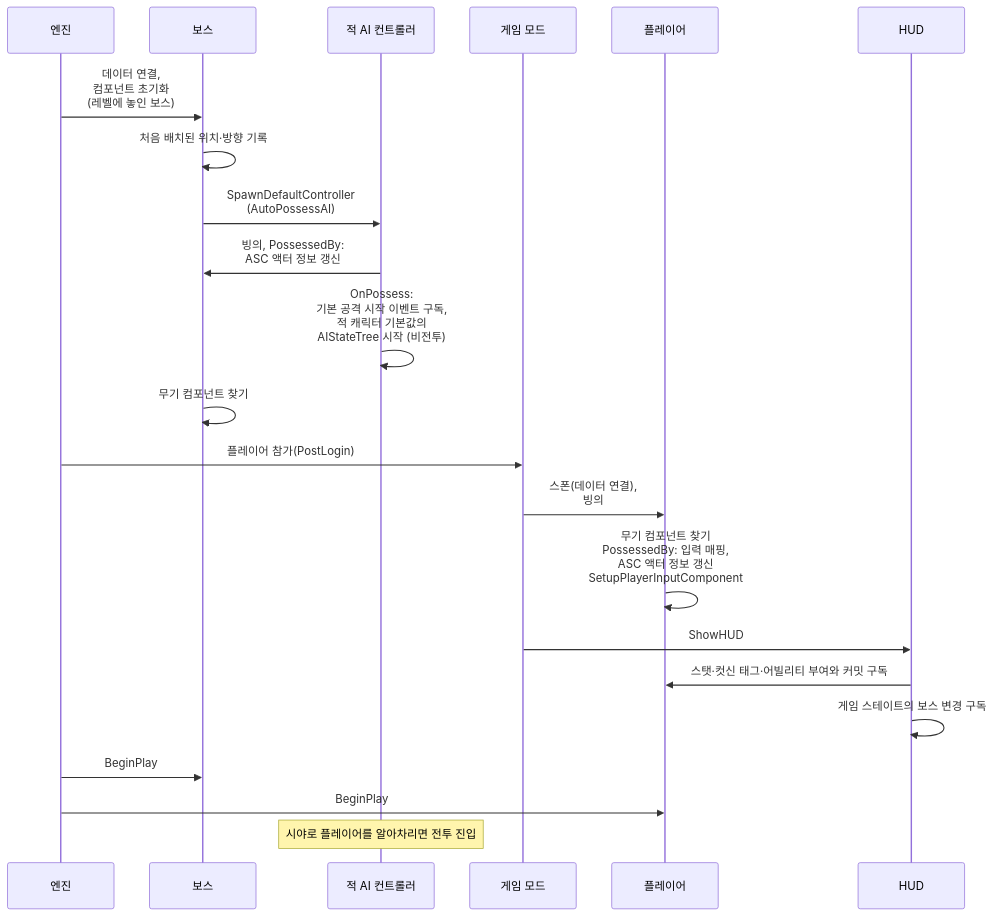
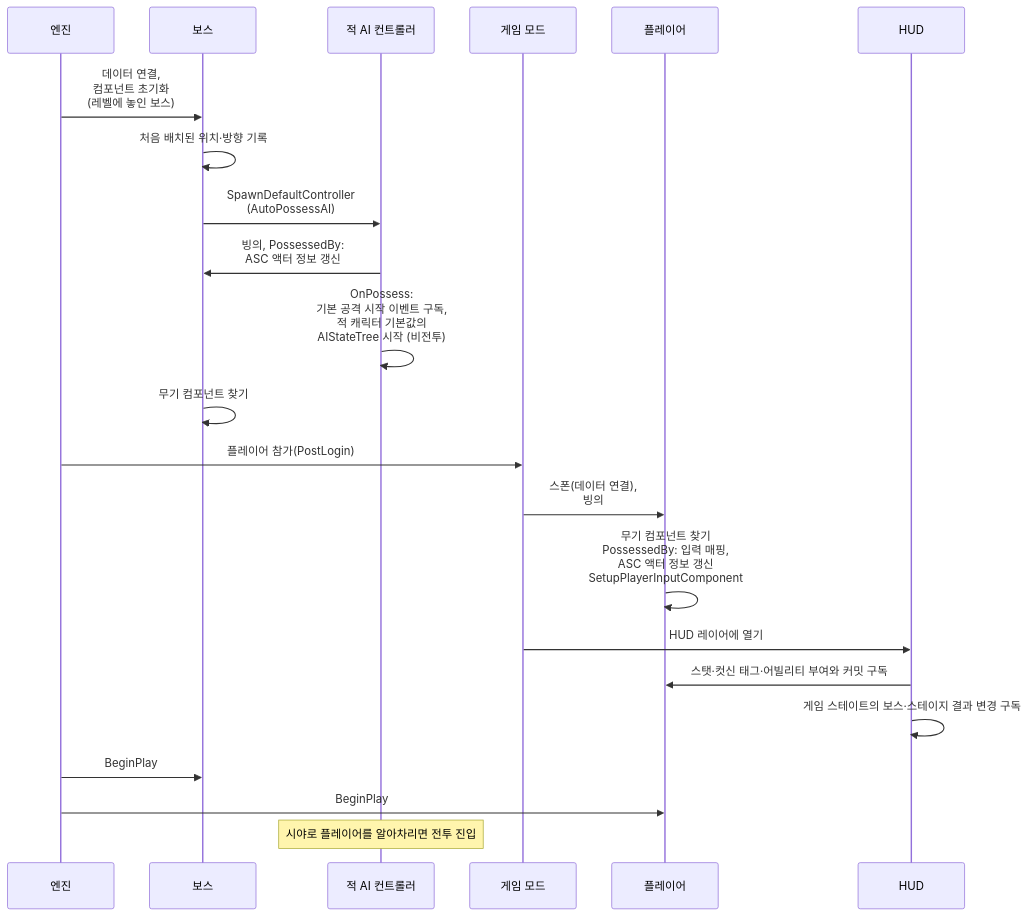
The second of 5 diagrams in Docs/Architecture/캐릭터 기반 구조와 GAS.md (Woogl/Ag), drawn with Mermaid before and after one commit. The commit also changed other lines of this file and 11 other files, not shown here.

````diff
--- a/Docs/Architecture/캐릭터 기반 구조와 GAS.md
+++ b/Docs/Architecture/캐릭터 기반 구조와 GAS.md
@@ -116,24 +116,24 @@
 ```mermaid
 sequenceDiagram
     participant E as 엔진
     participant B as 보스
     participant AI as 적 AI 컨트롤러
     participant GM as 게임 모드
     participant P as 플레이어
     participant H as HUD
     E->>B: 데이터 연결,<br>컴포넌트 초기화<br>(레벨에 놓인 보스)
     B->>B: 처음 배치된 위치·방향 기록
     B->>AI: SpawnDefaultController<br>(AutoPossessAI)
     AI->>B: 빙의, PossessedBy:<br>ASC 액터 정보 갱신
     AI->>AI: OnPossess:<br>기본 공격 시작 이벤트 구독,<br>적 캐릭터 기본값의<br>AIStateTree 시작 (비전투)
     B->>B: 무기 컴포넌트 찾기
     E->>GM: 플레이어 참가(PostLogin)
     GM->>P: 스폰(데이터 연결),<br>빙의
     P->>P: 무기 컴포넌트 찾기<br>PossessedBy: 입력 매핑,<br>ASC 액터 정보 갱신<br>SetupPlayerInputComponent
-    GM->>H: ShowHUD
+    GM->>H: HUD 레이어에 열기
     H->>P: 스탯·컷신 태그·어빌리티 부여와 커밋 구독
-    H->>H: 게임 스테이트의 보스 변경 구독
+    H->>H: 게임 스테이트의 보스·스테이지 결과 변경 구독
     E->>B: BeginPlay
     E->>P: BeginPlay
     Note over AI: 시야로 플레이어를 알아차리면 전투 진입
 ```
````
